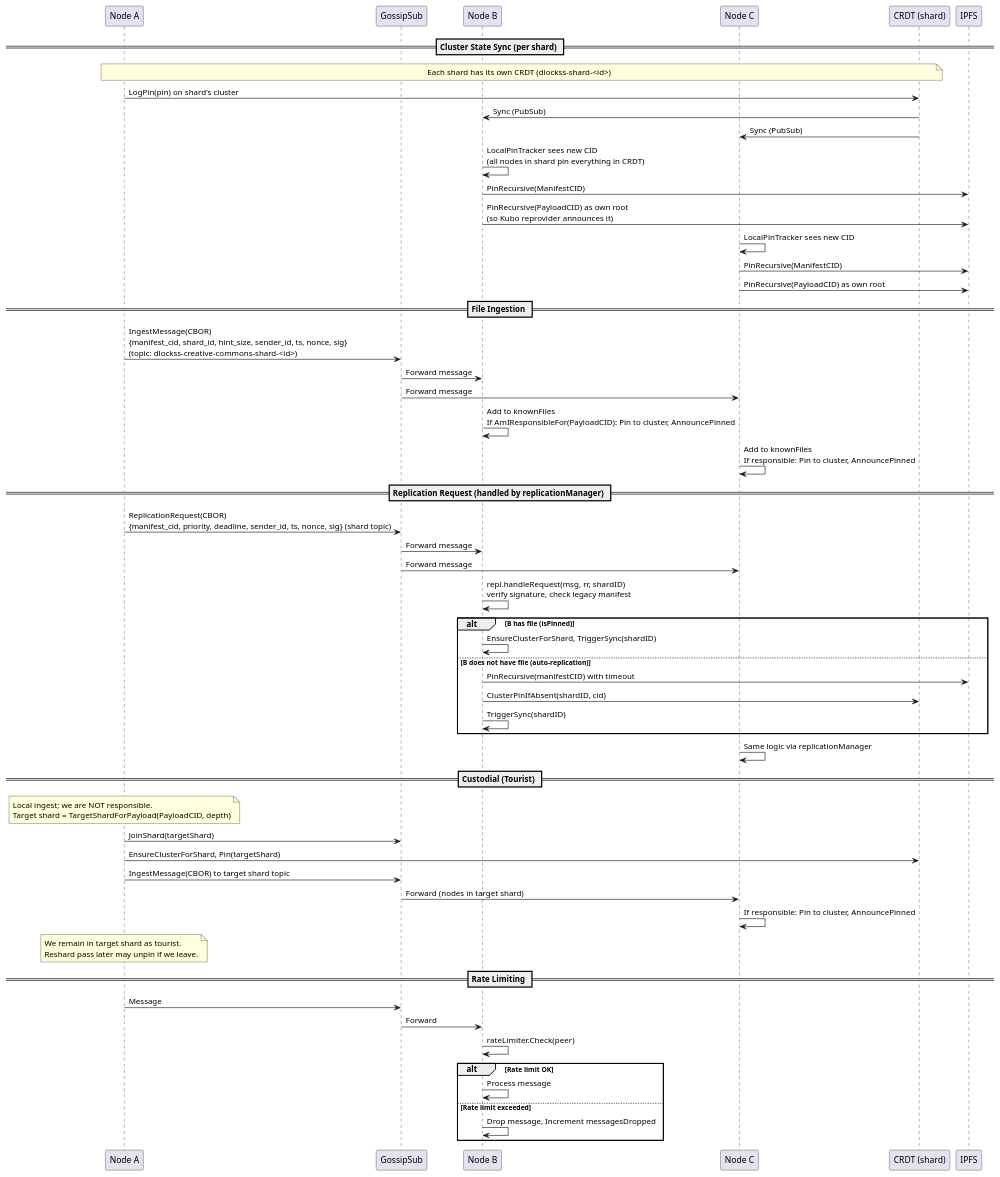
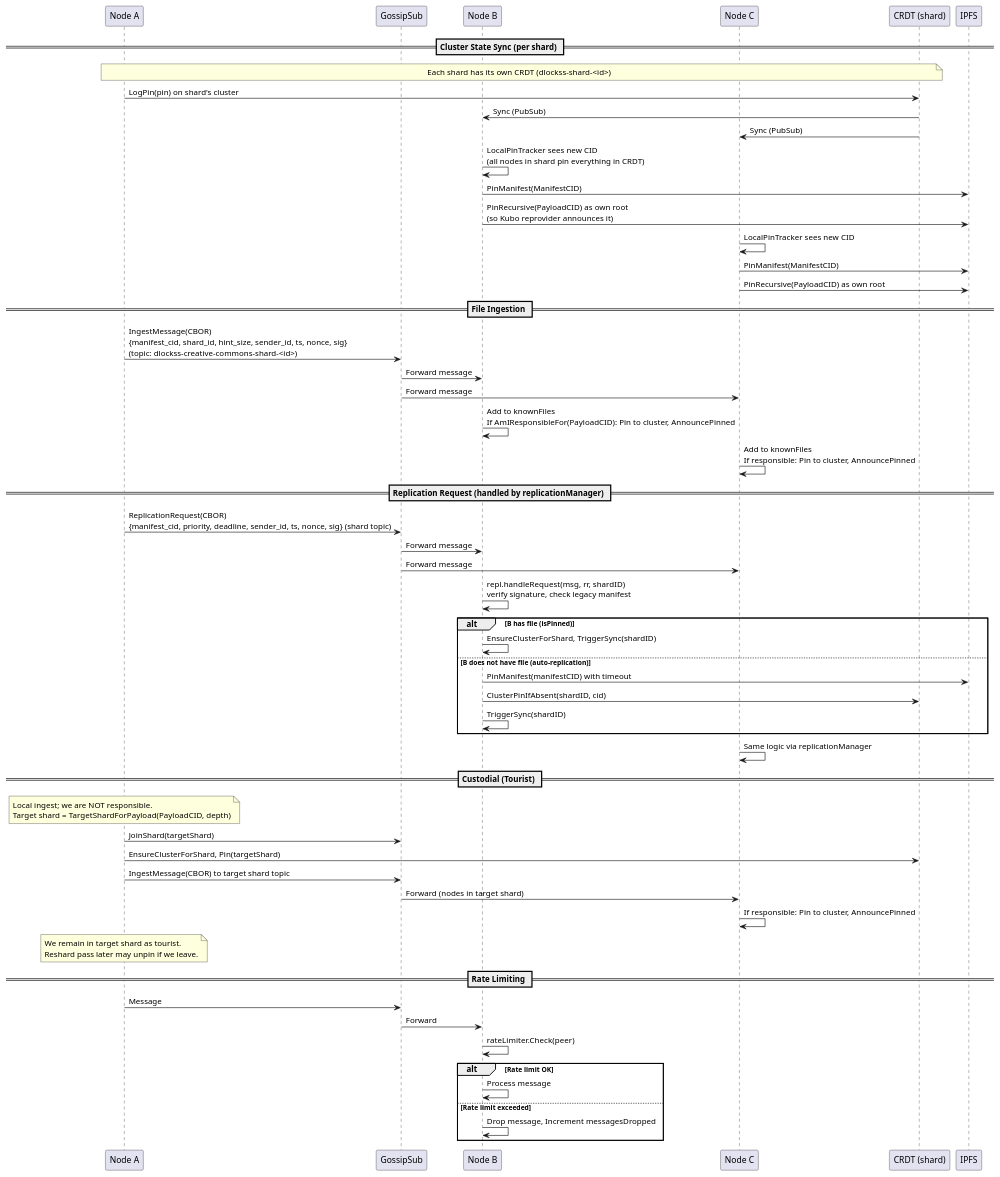
The diagram in docs/message_flow.puml (gipplab/D-LOCKSS), drawn with PlantUML before and after one commit. The commit also changed 89 other files, not shown here.

```diff
--- a/docs/message_flow.puml
+++ b/docs/message_flow.puml
@@ -1,62 +1,62 @@
 @startuml Message Flow Diagram
 
 participant "Node A" as A
 participant "GossipSub" as GS
 participant "Node B" as B
 participant "Node C" as C
 participant "CRDT (shard)" as CRDT
 participant "IPFS" as IPFS
 
 == Cluster State Sync (per shard) ==
 note over A, CRDT: Each shard has its own CRDT (dlockss-shard-<id>)
 A -> CRDT: LogPin(pin) on shard's cluster
 CRDT -> B: Sync (PubSub)
 CRDT -> C: Sync (PubSub)
 B -> B: LocalPinTracker sees new CID\n(all nodes in shard pin everything in CRDT)
-B -> IPFS: PinRecursive(ManifestCID)
+B -> IPFS: PinManifest(ManifestCID)
 B -> IPFS: PinRecursive(PayloadCID) as own root\n(so Kubo reprovider announces it)
 C -> C: LocalPinTracker sees new CID
-C -> IPFS: PinRecursive(ManifestCID)
+C -> IPFS: PinManifest(ManifestCID)
 C -> IPFS: PinRecursive(PayloadCID) as own root
 
 == File Ingestion ==
 A -> GS: IngestMessage(CBOR)\n{manifest_cid, shard_id, hint_size, sender_id, ts, nonce, sig}\n(topic: dlockss-creative-commons-shard-<id>)
 GS -> B: Forward message
 GS -> C: Forward message
 B -> B: Add to knownFiles\nIf AmIResponsibleFor(PayloadCID): Pin to cluster, AnnouncePinned
 C -> C: Add to knownFiles\nIf responsible: Pin to cluster, AnnouncePinned
 
 == Replication Request (handled by replicationManager) ==
 A -> GS: ReplicationRequest(CBOR)\n{manifest_cid, priority, deadline, sender_id, ts, nonce, sig} (shard topic)
 GS -> B: Forward message
 GS -> C: Forward message
 B -> B: repl.handleRequest(msg, rr, shardID)\nverify signature, check legacy manifest
 alt B has file (isPinned)
     B -> B: EnsureClusterForShard, TriggerSync(shardID)
 else B does not have file (auto-replication)
-    B -> IPFS: PinRecursive(manifestCID) with timeout
+    B -> IPFS: PinManifest(manifestCID) with timeout
     B -> CRDT: ClusterPinIfAbsent(shardID, cid)
     B -> B: TriggerSync(shardID)
 end
 C -> C: Same logic via replicationManager
 
 == Custodial (Tourist) ==
 note over A: Local ingest; we are NOT responsible.\nTarget shard = TargetShardForPayload(PayloadCID, depth)
 A -> GS: JoinShard(targetShard)
 A -> CRDT: EnsureClusterForShard, Pin(targetShard)
 A -> GS: IngestMessage(CBOR) to target shard topic
 GS -> C: Forward (nodes in target shard)
 C -> C: If responsible: Pin to cluster, AnnouncePinned
 note over A: We remain in target shard as tourist.\nReshard pass later may unpin if we leave.
 
 == Rate Limiting ==
 A -> GS: Message
 GS -> B: Forward
 B -> B: rateLimiter.Check(peer)
 alt Rate limit OK
     B -> B: Process message
 else Rate limit exceeded
     B -> B: Drop message, Increment messagesDropped
 end
 
 @enduml
```
